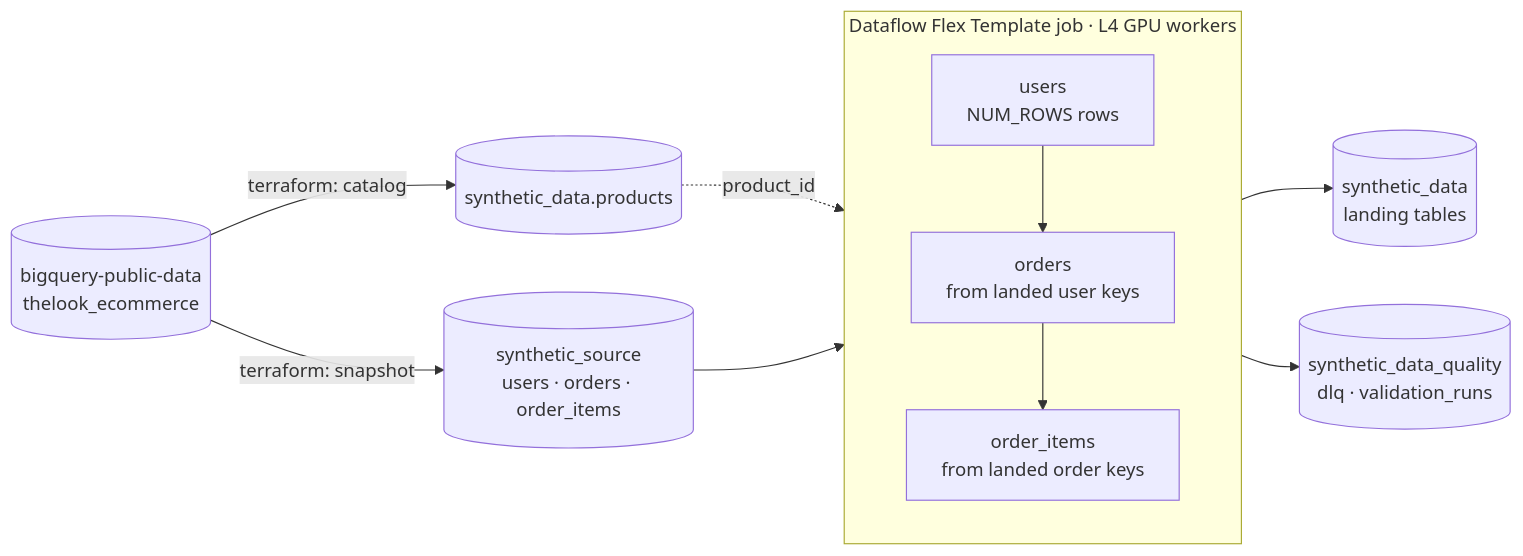
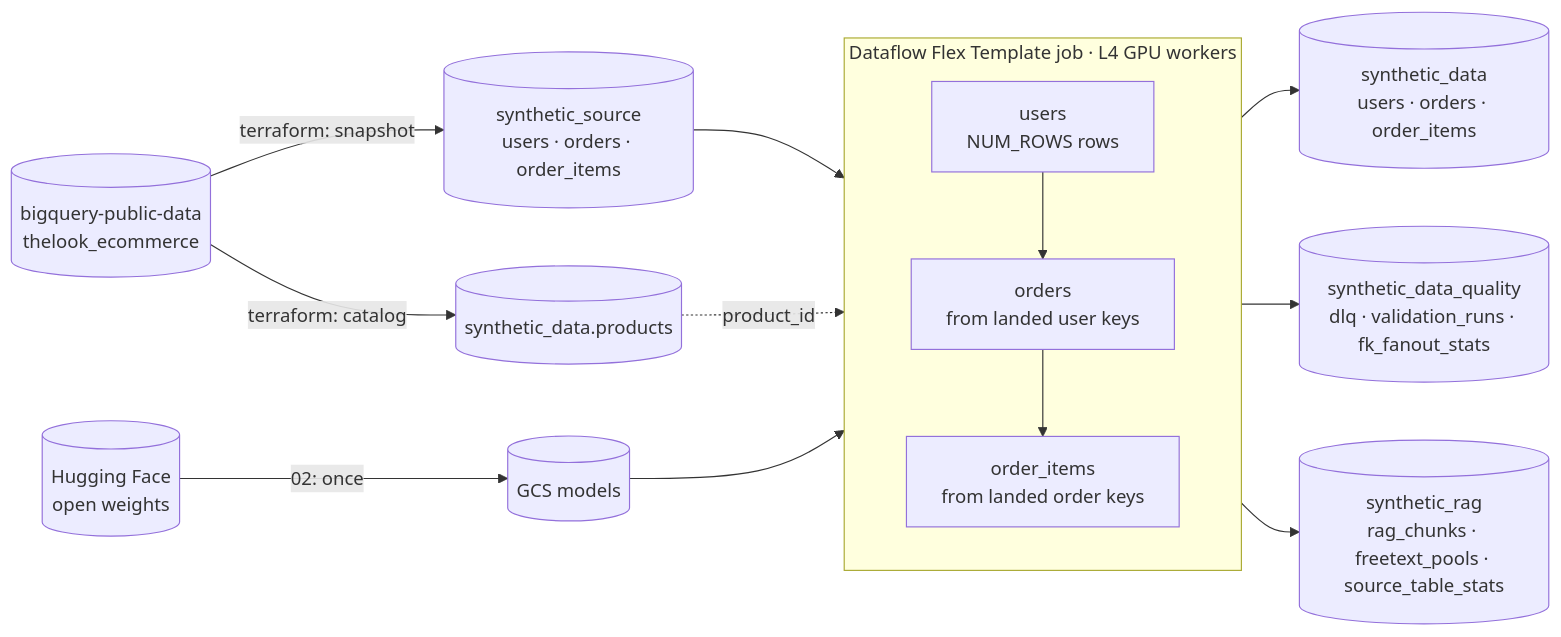
The diagram in dsg/pipeline/README.header.md (albertols/synthetic-llm-dataflow-bigquery), drawn with Mermaid before and after one commit. The commit also changed other lines of this file and 27 other files, not shown here.

````diff
--- a/dsg/pipeline/README.header.md
+++ b/dsg/pipeline/README.header.md
@@ -19,13 +19,16 @@
 ```mermaid
 flowchart LR
   pub[(bigquery-public-data<br/>thelook_ecommerce)] -->|terraform: snapshot| src[(synthetic_source<br/>users · orders · order_items)]
   pub -->|terraform: catalog| cat[(synthetic_data.products)]
+  hf[(Hugging Face<br/>open weights)] -->|02: once| gcs[(GCS models)]
+  gcs --> job
   src --> job
   subgraph job [Dataflow Flex Template job · L4 GPU workers]
     direction TB
     u[users<br/>NUM_ROWS rows] --> o[orders<br/>from landed user keys] --> i[order_items<br/>from landed order keys]
   end
   cat -.->|product_id| i
-  job --> land[(synthetic_data<br/>landing tables)]
-  job --> dq[(synthetic_data_quality<br/>dlq · validation_runs)]
+  job --> land[(synthetic_data<br/>users · orders · order_items)]
+  job --> dq[(synthetic_data_quality<br/>dlq · validation_runs · fk_fanout_stats)]
+  job --> rag[(synthetic_rag<br/>rag_chunks · freetext_pools · source_table_stats)]
 ```
````
